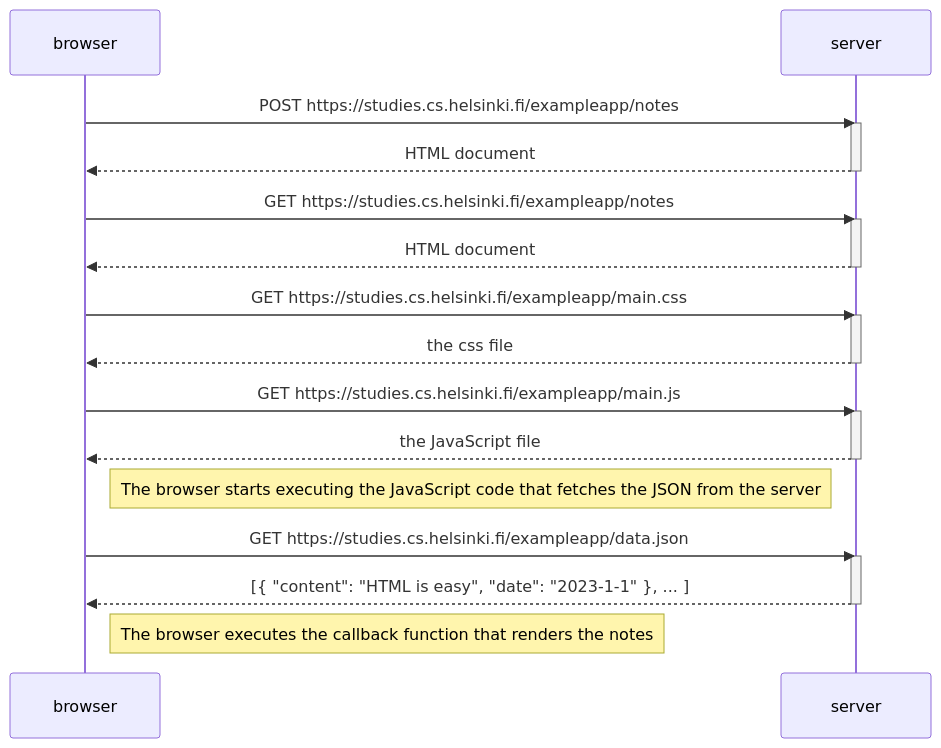
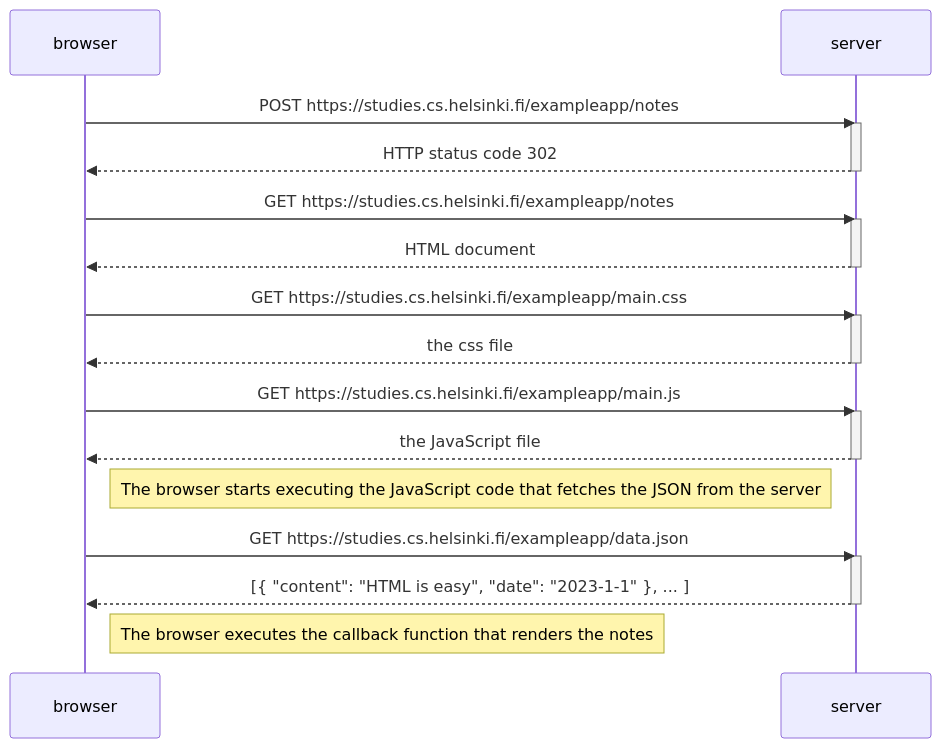
One commit to Lecholus/Cwiczenia changed the diagram in Folder/04ex.md. Above: the diagram before and after it, drawn with Mermaid.

````diff
--- a/Folder/04ex.md
+++ b/Folder/04ex.md
@@ -1,34 +1,34 @@
 ```mermaid
 sequenceDiagram
     participant browser
     participant server
 
     browser->>server: POST https://studies.cs.helsinki.fi/exampleapp/notes
     activate server
-    server-->>browser: HTML document
+    server-->>browser: HTTP status code 302
     deactivate server
     
     browser->>server: GET https://studies.cs.helsinki.fi/exampleapp/notes
     activate server
     server-->>browser: HTML document
     deactivate server
 
     browser->>server: GET https://studies.cs.helsinki.fi/exampleapp/main.css
     activate server
     server-->>browser: the css file
     deactivate server
 
     browser->>server: GET https://studies.cs.helsinki.fi/exampleapp/main.js
     activate server
     server-->>browser: the JavaScript file
     deactivate server
 
     Note right of browser: The browser starts executing the JavaScript code that fetches the JSON from the server
 
     browser->>server: GET https://studies.cs.helsinki.fi/exampleapp/data.json
     activate server
     server-->>browser: [{ "content": "HTML is easy", "date": "2023-1-1" }, ... ]
     deactivate server
 
     Note right of browser: The browser executes the callback function that renders the notes
 ```
````
